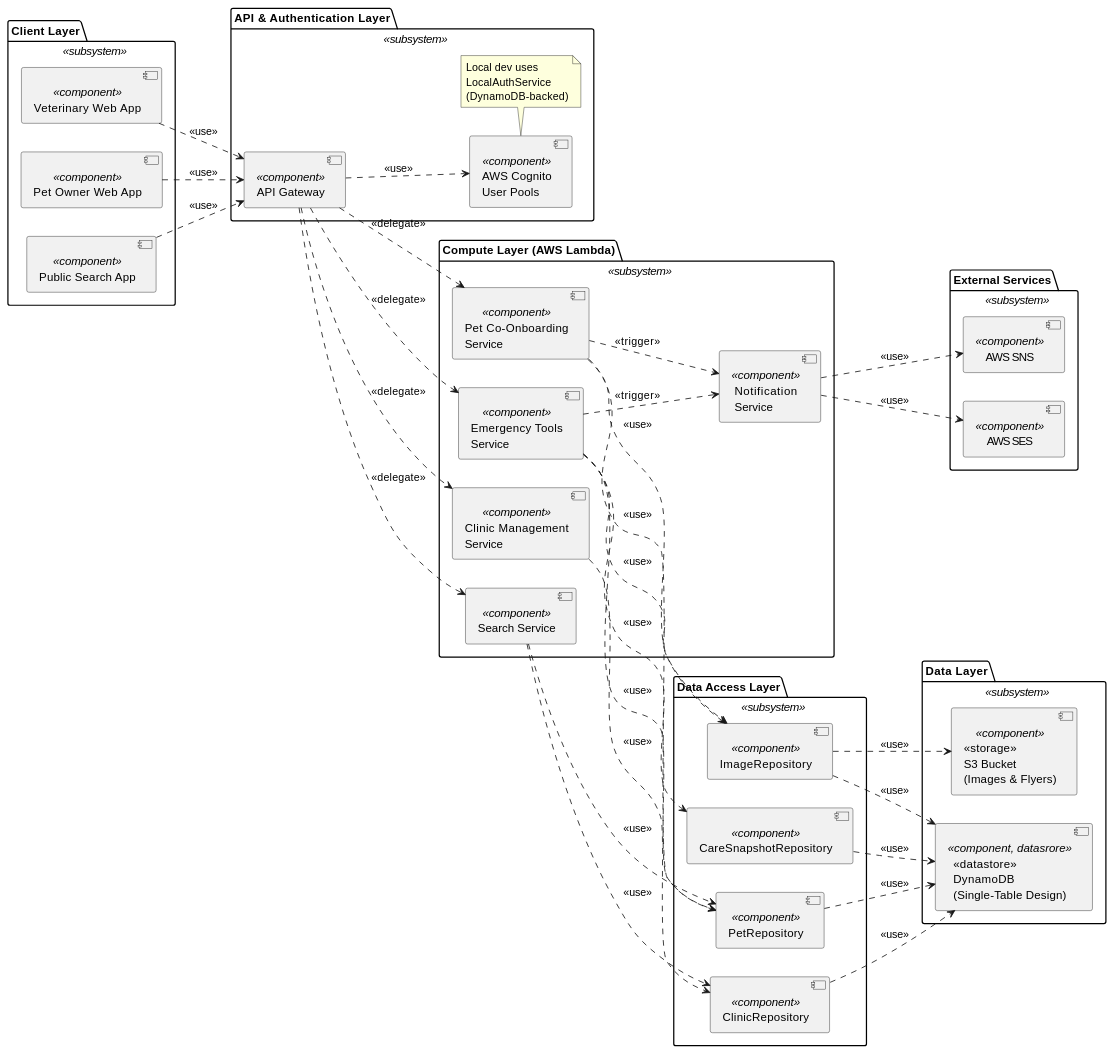
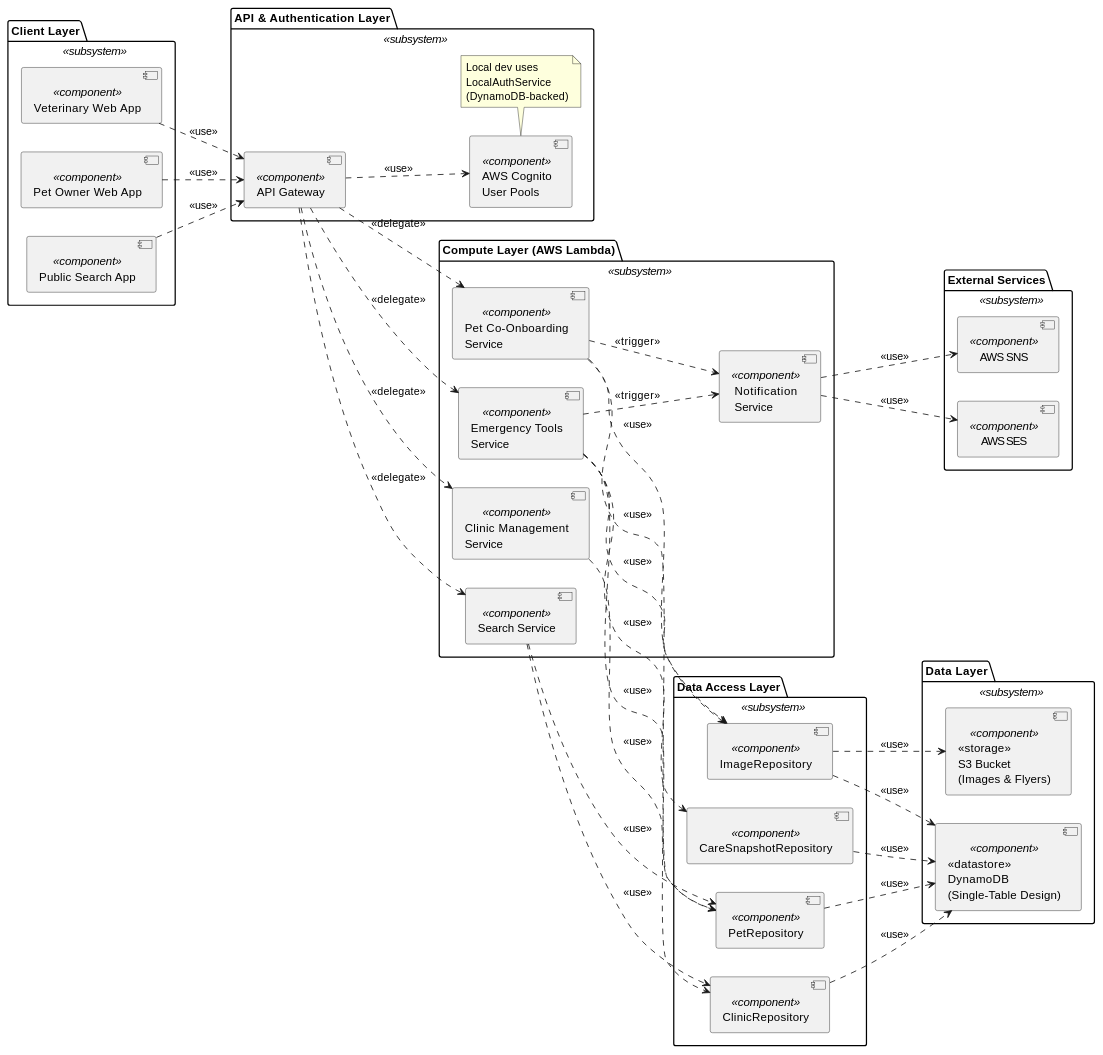
One commit to madeleinefr/paw-print-profile changed the second of 3 diagrams in docs/03_architecture.md. Above: the diagram before and after it, drawn with PlantUML. The commit also changed other lines of this file and 4 other files, not shown here.

Commit message:
docs(#113): Update architecture, properties, frameworks, and README for Phase 2

```diff
--- a/docs/03_architecture.md
+++ b/docs/03_architecture.md
@@ -88,7 +92,7 @@
 }
 
 package "Data Layer" <<subsystem>> {
-    [<<datastore>>\nDynamoDB\n(Single-Table Design)] <<component, datasrore>> as DDB
+    [<<datastore>>\nDynamoDB\n(Single-Table Design)] <<component>> as DDB
     [<<storage>>\nS3 Bucket\n(Images & Flyers)] <<component>> as S3
 }
 
@@ -97,7 +101,7 @@
     [AWS SNS] <<component>> as SNS
 }
 
-' Client to API — UML dependency
+' Client to API
 VetUI ..> APIGW : <<use>>
 OwnerUI ..> APIGW : <<use>>
 PublicUI ..> APIGW : <<use>>
```
